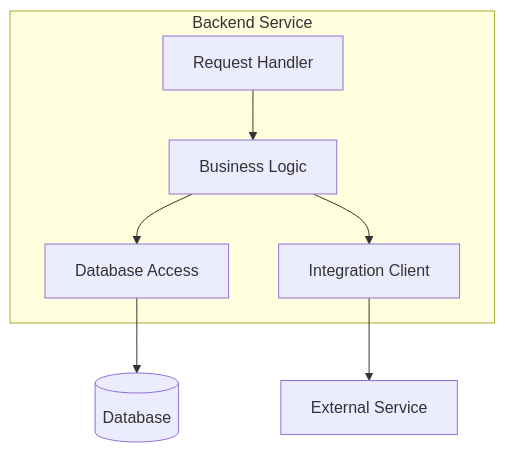
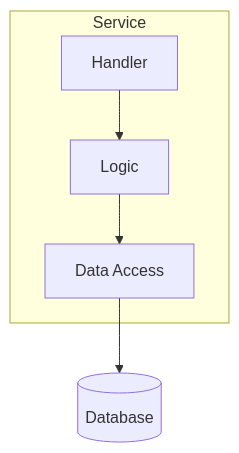
One commit to lagz0ne/c3-skill changed the first of 3 diagrams in references/diagram-patterns.md. Above: the diagram before and after it, drawn with Mermaid. The commit also changed other lines of this file and 25 other files, not shown here.

````diff
--- a/references/diagram-patterns.md
+++ b/references/diagram-patterns.md
@@ -63,15 +37,11 @@
 ```mermaid
 flowchart TD
-    subgraph Container["Backend Service"]
-        RH[Request Handler]
-        BL[Business Logic]
-        DA[Database Access]
-        IC[Integration Client]
+    subgraph Container["Service"]
+        A[Handler]
+        B[Logic]
+        C[Data Access]
     end
 
-    RH --> BL
-    BL --> DA
-    BL --> IC
-    DA --> DB[(Database)]
-    IC --> ExtSvc[External Service]
+    A --> B --> C
+    C --> DB[(Database)]
 ```
````
